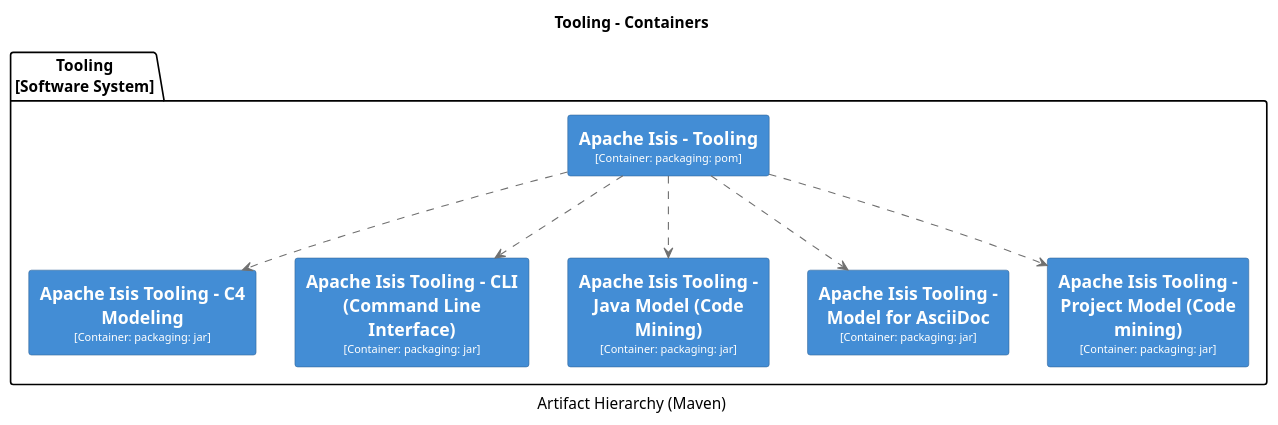
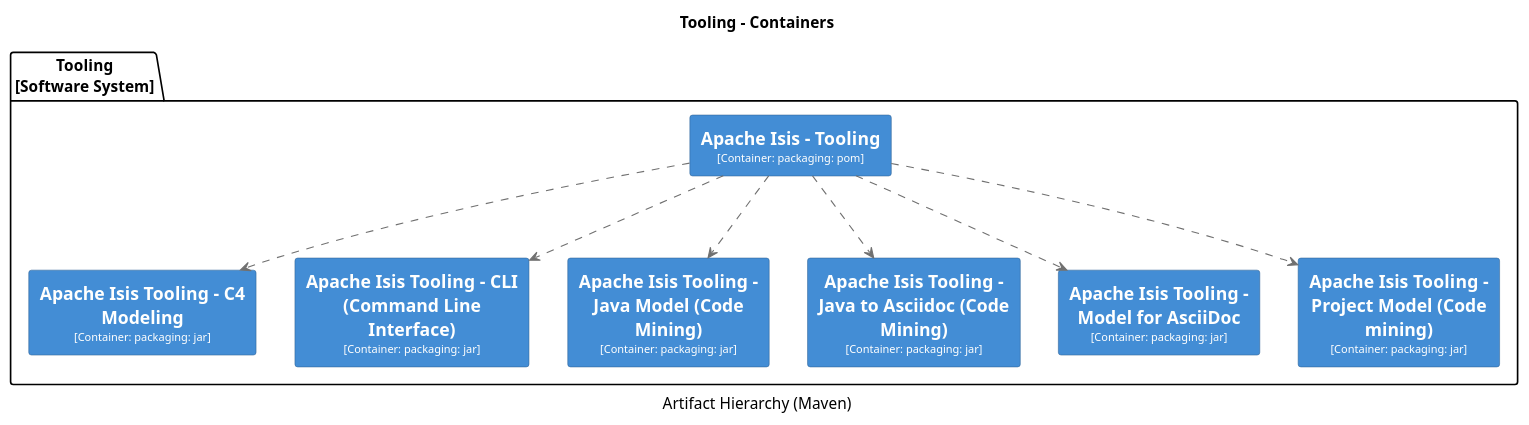
One commit to apache/causeway changed diagram 15 of 18 in antora/components/system/modules/generated/pages/system-overview.adoc. Above: the diagram before and after it, drawn with PlantUML. The commit also changed other lines of this file and 11 other files, not shown here.

```diff
--- a/antora/components/system/modules/generated/pages/system-overview.adoc
+++ b/antora/components/system/modules/generated/pages/system-overview.adoc
@@ -4135,59 +4135,66 @@
 [plantuml,Tooling,svg]
 ----
 @startuml(id=Tooling)
 title Tooling - Containers
 caption Artifact Hierarchy (Maven)
 
 skinparam {
   shadowing false
   arrowFontSize 10
   defaultTextAlignment center
   wrapWidth 200
   maxMessageSize 100
 }
 hide stereotype
 skinparam rectangle<<2>> {
   BackgroundColor #438dd5
   FontColor #fffffe
   BorderColor #2E6295
 }
 skinparam rectangle<<3>> {
   BackgroundColor #438dd5
   FontColor #fffffe
   BorderColor #2E6295
 }
 skinparam rectangle<<4>> {
   BackgroundColor #438dd5
   FontColor #fffffe
   BorderColor #2E6295
 }
 skinparam rectangle<<5>> {
   BackgroundColor #438dd5
   FontColor #fffffe
   BorderColor #2E6295
 }
 skinparam rectangle<<6>> {
   BackgroundColor #438dd5
   FontColor #fffffe
   BorderColor #2E6295
 }
 skinparam rectangle<<7>> {
   BackgroundColor #438dd5
   FontColor #fffffe
   BorderColor #2E6295
 }
+skinparam rectangle<<8>> {
+  BackgroundColor #438dd5
+  FontColor #fffffe
+  BorderColor #2E6295
+}
 package "Tooling\n[Software System]" {
   rectangle "==Apache Isis - Tooling\n<size:10>[Container: packaging: pom]</size>" <<2>> as 2
   rectangle "==Apache Isis Tooling - C4 Modeling\n<size:10>[Container: packaging: jar]</size>" <<3>> as 3
   rectangle "==Apache Isis Tooling - CLI (Command Line Interface)\n<size:10>[Container: packaging: jar]</size>" <<4>> as 4
-  rectangle "==Apache Isis Tooling - Java Model (Code Mining)\n<size:10>[Container: packaging: jar]</size>" <<5>> as 5
-  rectangle "==Apache Isis Tooling - Model for AsciiDoc\n<size:10>[Container: packaging: jar]</size>" <<6>> as 6
-  rectangle "==Apache Isis Tooling - Project Model (Code mining)\n<size:10>[Container: packaging: jar]</size>" <<7>> as 7
+  rectangle "==Apache Isis Tooling - Java Model (Code Mining)\n<size:10>[Container: packaging: jar]</size>" <<6>> as 6
+  rectangle "==Apache Isis Tooling - Java to Asciidoc (Code Mining)\n<size:10>[Container: packaging: jar]</size>" <<5>> as 5
+  rectangle "==Apache Isis Tooling - Model for AsciiDoc\n<size:10>[Container: packaging: jar]</size>" <<7>> as 7
+  rectangle "==Apache Isis Tooling - Project Model (Code mining)\n<size:10>[Container: packaging: jar]</size>" <<8>> as 8
 }
 2 .[#707070].> 3 : ""
 2 .[#707070].> 4 : ""
+2 .[#707070].> 6 : ""
 2 .[#707070].> 5 : ""
-2 .[#707070].> 6 : ""
 2 .[#707070].> 7 : ""
+2 .[#707070].> 8 : ""
 @enduml
 ----
```
